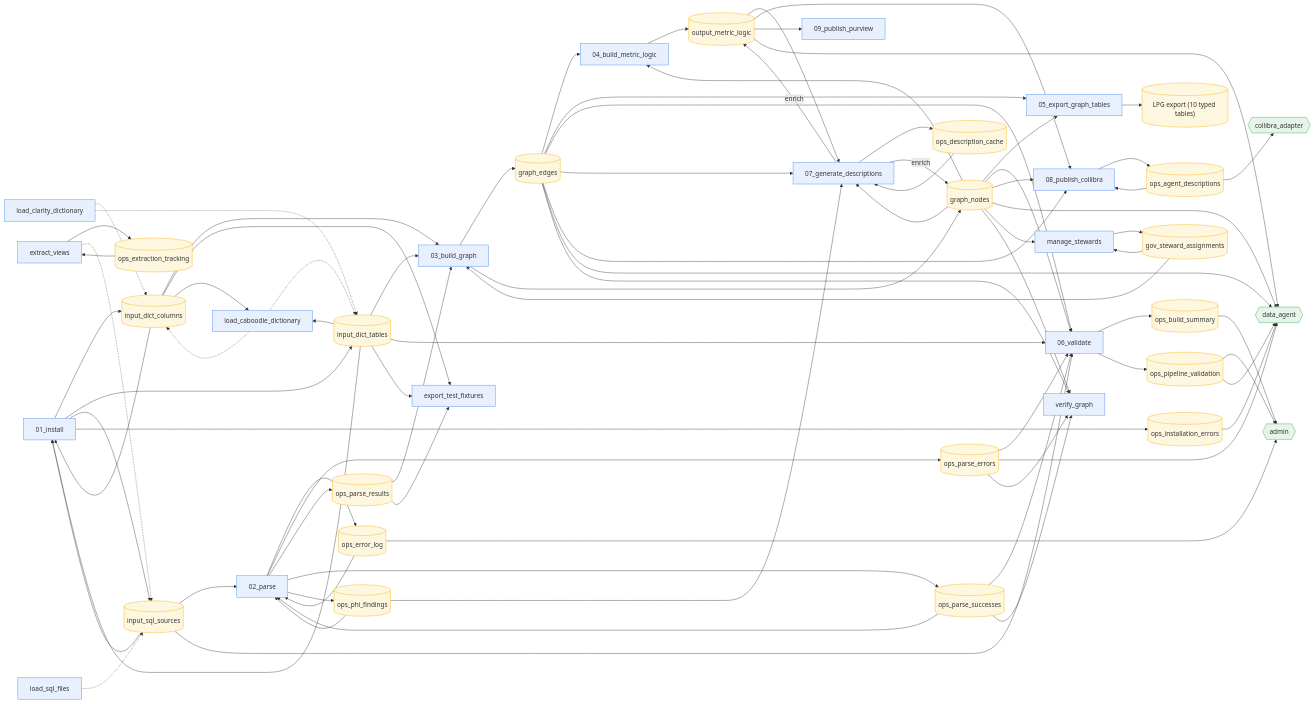
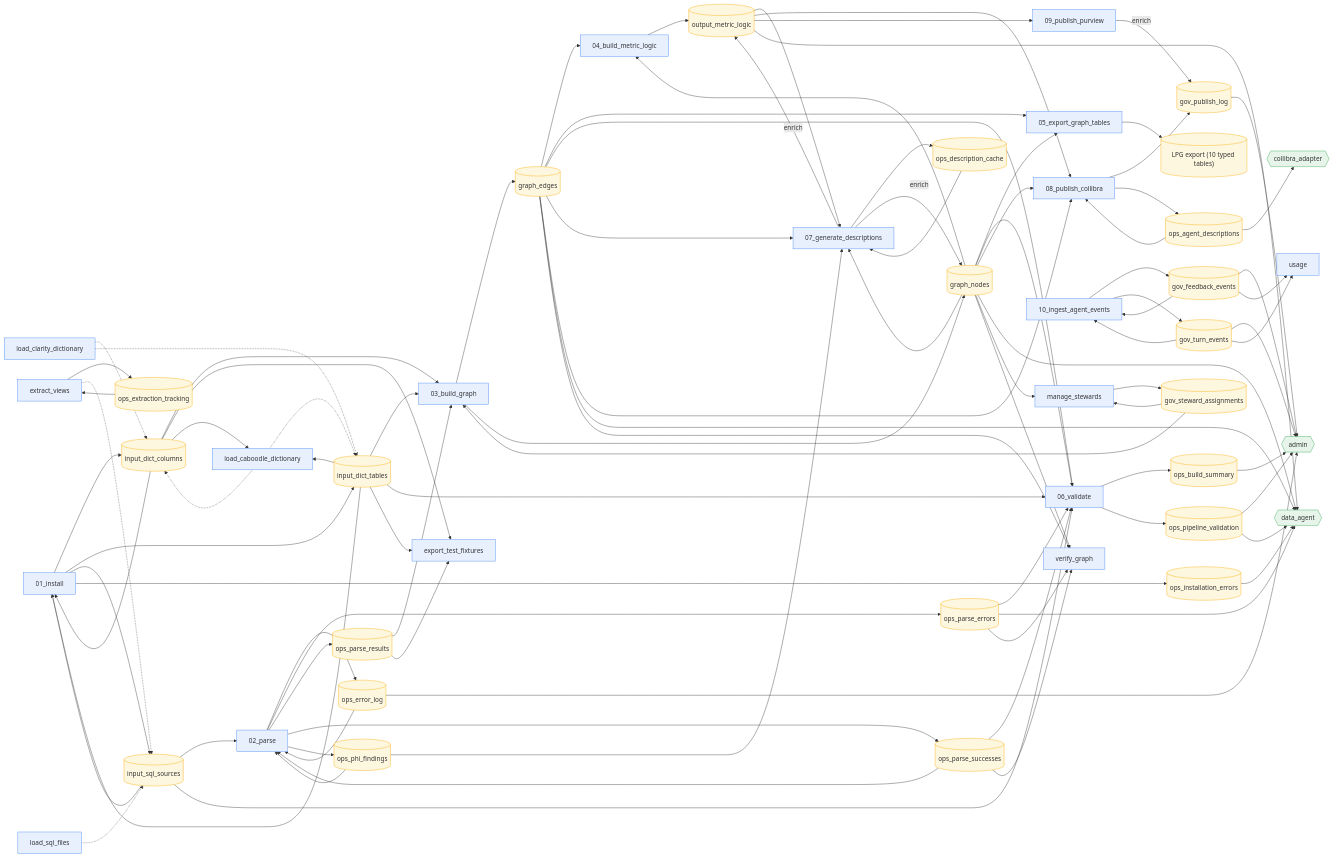
Before and after one commit to sunnyzhengai/sql-query-agent: the diagram in docs/architecture/PIPELINE_MAP.md, drawn with Mermaid. The commit also changed 6 other files, not shown here.

First line of the commit message:
Notebook wirings: publish log in 08/09, new 10_ingest_agent_events

```diff
--- a/docs/architecture/PIPELINE_MAP.md
+++ b/docs/architecture/PIPELINE_MAP.md
@@ -21,15 +21,20 @@
   07_generate_descriptions["07_generate_descriptions"]:::notebook
   08_publish_collibra["08_publish_collibra"]:::notebook
   09_publish_purview["09_publish_purview"]:::notebook
+  10_ingest_agent_events["10_ingest_agent_events"]:::notebook
   export_test_fixtures["export_test_fixtures"]:::notebook
   extract_views["extract_views"]:::notebook
   load_caboodle_dictionary["load_caboodle_dictionary"]:::notebook
   load_clarity_dictionary["load_clarity_dictionary"]:::notebook
   load_sql_files["load_sql_files"]:::notebook
   manage_stewards["manage_stewards"]:::notebook
+  usage["usage"]:::notebook
   verify_graph["verify_graph"]:::notebook
   LPG_export__10_typed_tables_[("LPG export (10 typed tables)")]:::table
+  gov_feedback_events[("gov_feedback_events")]:::table
+  gov_publish_log[("gov_publish_log")]:::table
   gov_steward_assignments[("gov_steward_assignments")]:::table
+  gov_turn_events[("gov_turn_events")]:::table
   graph_edges[("graph_edges")]:::table
   graph_nodes[("graph_nodes")]:::table
   input_dict_columns[("input_dict_columns")]:::table
@@ -68,11 +73,22 @@
   07_generate_descriptions --> ops_description_cache
   07_generate_descriptions -->|enrich| graph_nodes
   07_generate_descriptions -->|enrich| output_metric_logic
+  08_publish_collibra --> gov_publish_log
   08_publish_collibra --> ops_agent_descriptions
+  09_publish_purview -->|enrich| gov_publish_log
+  10_ingest_agent_events --> gov_feedback_events
+  10_ingest_agent_events --> gov_turn_events
   extract_views --> ops_extraction_tracking
   extract_views -.-> input_sql_sources
+  gov_feedback_events --> 10_ingest_agent_events
+  gov_feedback_events --> admin
+  gov_feedback_events --> usage
+  gov_publish_log --> admin
   gov_steward_assignments --> 03_build_graph
   gov_steward_assignments --> manage_stewards
+  gov_turn_events --> 10_ingest_agent_events
+  gov_turn_events --> admin
+  gov_turn_events --> usage
   graph_edges --> 04_build_metric_logic
   graph_edges --> 05_export_graph_tables
   graph_edges --> 06_validate
```
